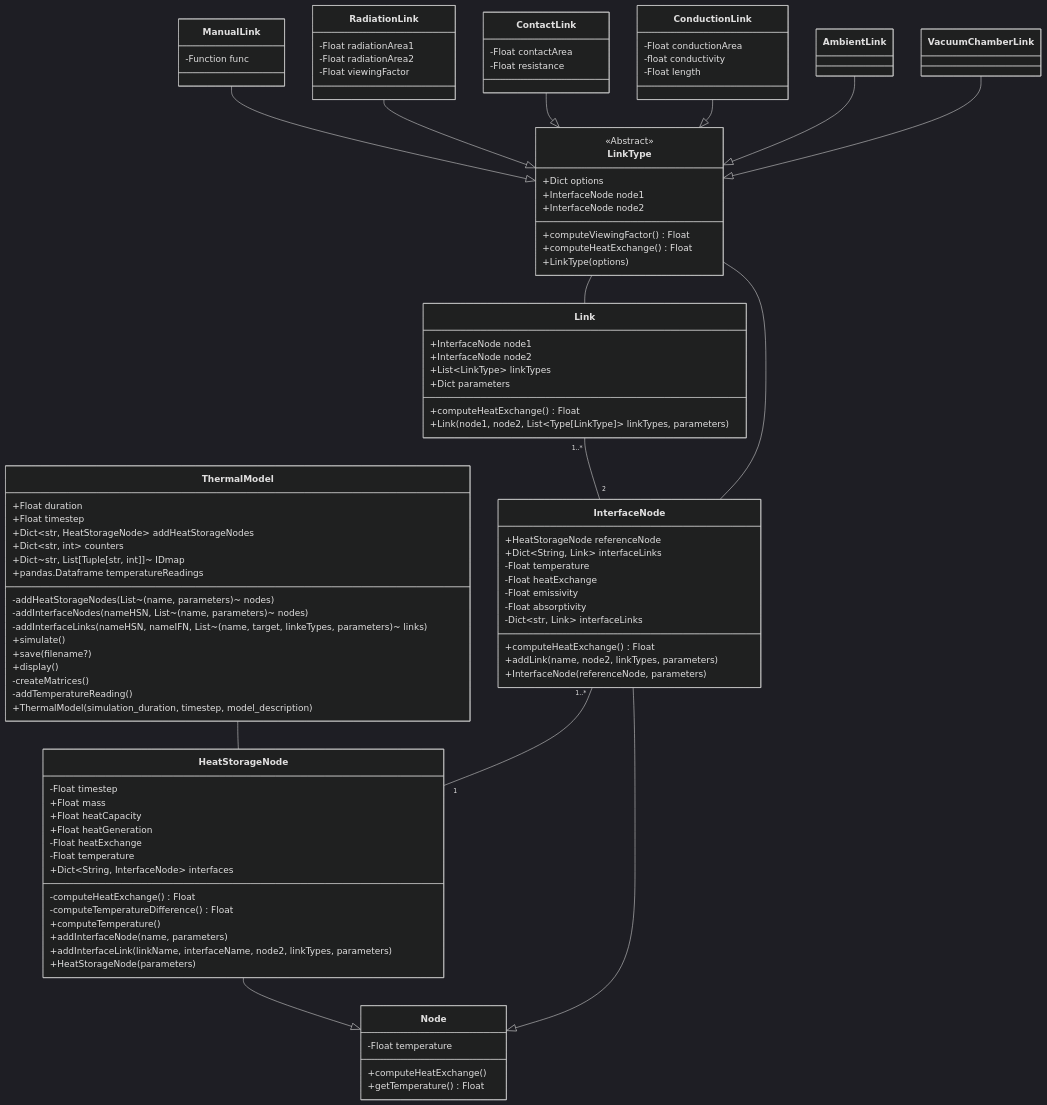
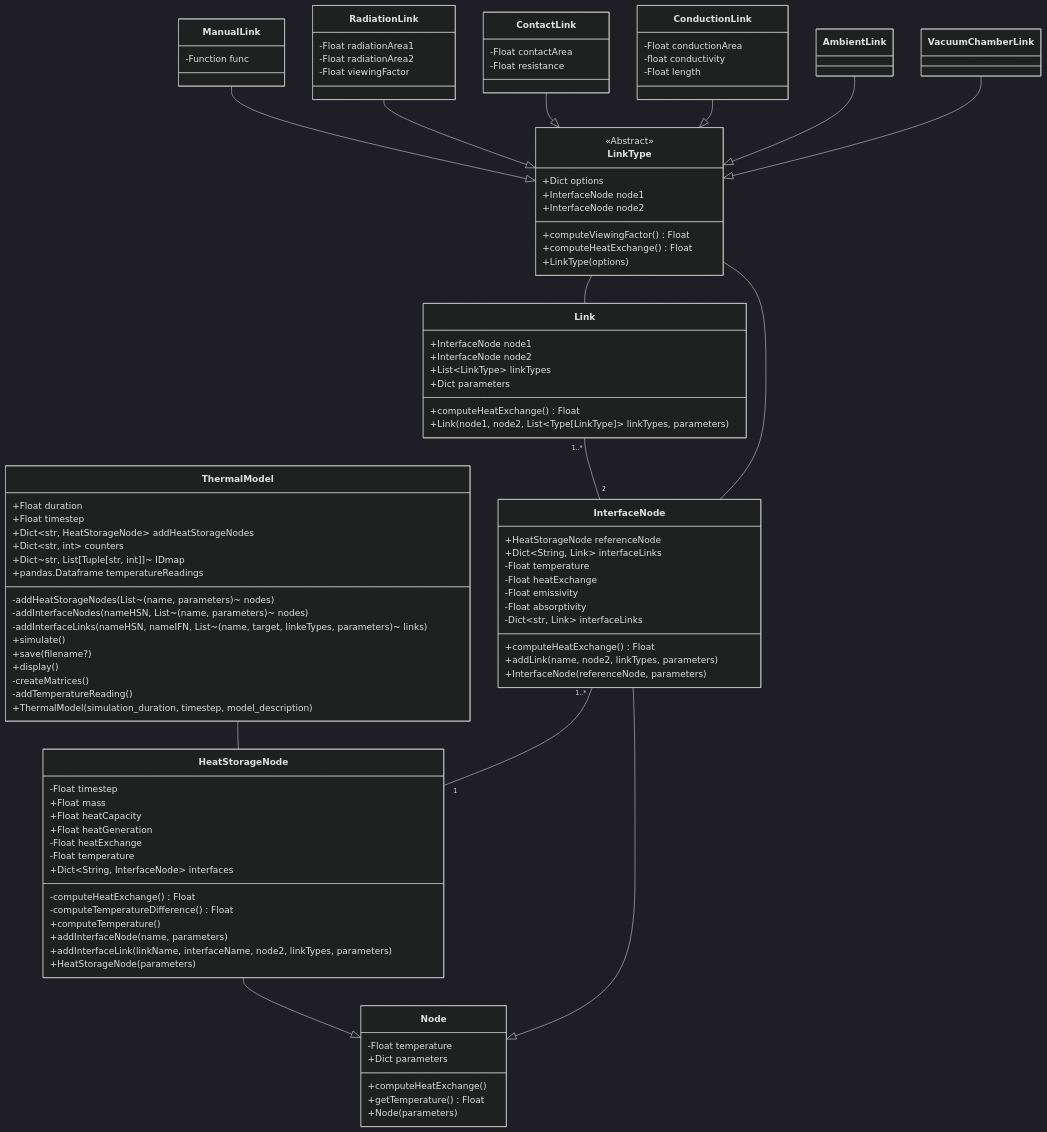
Before and after one commit to niveK77pur/ISM-Thermal-Model: the diagram in class-diagram/class-diagram.mmd, drawn with Mermaid (dark theme). The commit also changed 2 other files, not shown here.

Commit message:
implement display of parameters on tree view

```diff
--- a/class-diagram/class-diagram.mmd
+++ b/class-diagram/class-diagram.mmd
@@ -1,114 +1,116 @@
 classDiagram
 
 class ThermalModel {
     +Float duration
     +Float timestep
     +Dict~str, HeatStorageNode~ addHeatStorageNodes
     +Dict~str, int~ counters
     +Dict~str, List[Tuple[str, int]]~ IDmap
     +pandas.Dataframe temperatureReadings
     -addHeatStorageNodes(List~(name, parameters)~ nodes)
     -addInterfaceNodes(nameHSN, List~(name, parameters)~ nodes)
     -addInterfaceLinks(nameHSN, nameIFN, List~(name, target, linkeTypes, parameters)~ links)
     +simulate()
     +save(filename?)
     +display()
     -createMatrices()
     -addTemperatureReading()
     +ThermalModel(simulation_duration, timestep, model_description)
 }
 
 class Node {
     -Float temperature
+    +Dict parameters
     +computeHeatExchange()
     +getTemperature() Float
+    +Node(parameters)
 }
 
 class HeatStorageNode {
     -Float timestep
     +Float mass
     +Float heatCapacity
     +Float heatGeneration
     -Float heatExchange
     -Float temperature
     +Dict~String, InterfaceNode~ interfaces
     -computeHeatExchange() Float
     -computeTemperatureDifference() Float
     +computeTemperature()
     +addInterfaceNode(name, parameters)
     +addInterfaceLink(linkName, interfaceName, node2, linkTypes, parameters)
     +HeatStorageNode(parameters)
 }
 
 class InterfaceNode {
     +HeatStorageNode referenceNode
     +Dict~String, Link~ interfaceLinks
     -Float temperature
     -Float heatExchange
     -Float emissivity
     -Float absorptivity
     -Dict~str, Link~ interfaceLinks
     +computeHeatExchange() Float
     +addLink(name, node2, linkTypes, parameters)
     +InterfaceNode(referenceNode, parameters)
 }
 
 class Link {
     +InterfaceNode node1
     +InterfaceNode node2
     +List~LinkType~ linkTypes
     +Dict parameters
     +computeHeatExchange() Float
     +Link(node1, node2, List~Type[LinkType]~ linkTypes, parameters)
 }
 
 
 class LinkType {
     <<Abstract>>
     +Dict options
     +InterfaceNode node1
     +InterfaceNode node2
     +computeViewingFactor() Float
     +computeHeatExchange() Float
     +LinkType(options)
 }
 
 class ManualLink {
     -Function func
 }
 
 class RadiationLink {
     -Float radiationArea1
     -Float radiationArea2
     -Float viewingFactor
 }
 
 class ContactLink {
     -Float contactArea
     -Float resistance
 }
 
 class ConductionLink {
     -Float conductionArea
     -float conductivity
     -Float length
 }
 
 ThermalModel -- HeatStorageNode
 
 HeatStorageNode --|> Node
 InterfaceNode --|> Node
 
 ManualLink --|> LinkType
 RadiationLink --|> LinkType
 ContactLink --|> LinkType
 ConductionLink --|> LinkType
 AmbientLink --|> LinkType
 VacuumChamberLink --|> LinkType
 
 Link "1..*" -- "2" InterfaceNode
 
 InterfaceNode "1..*" -- "1" HeatStorageNode
 
 LinkType -- Link
 LinkType -- InterfaceNode
```
